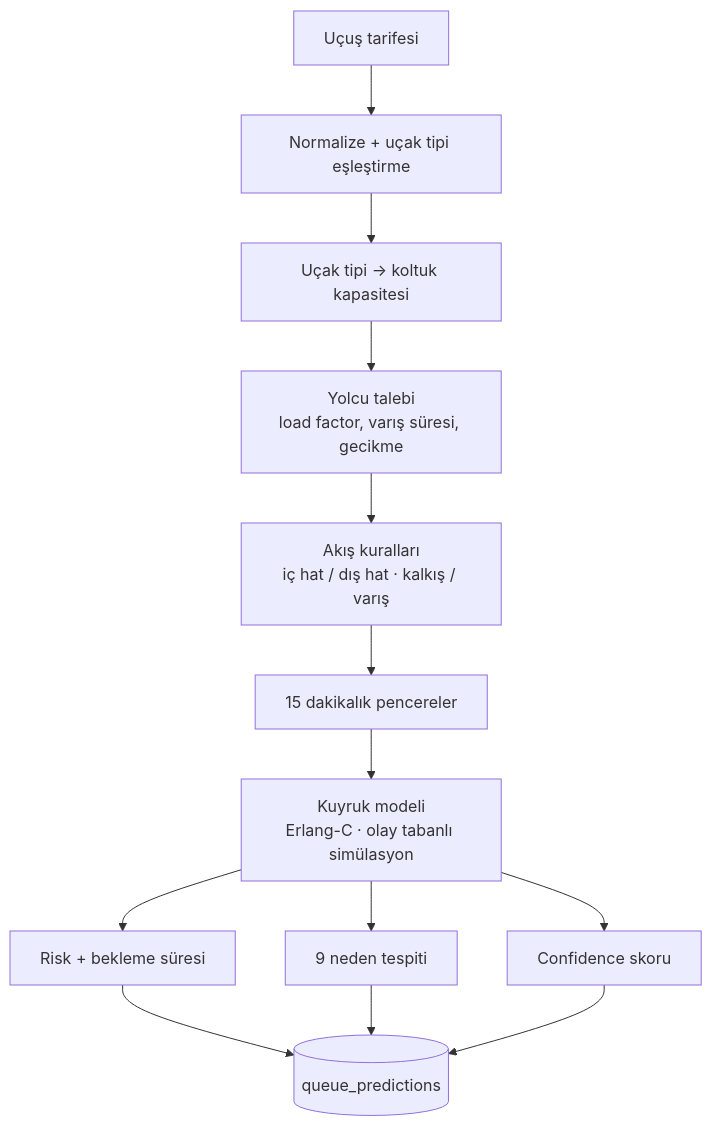
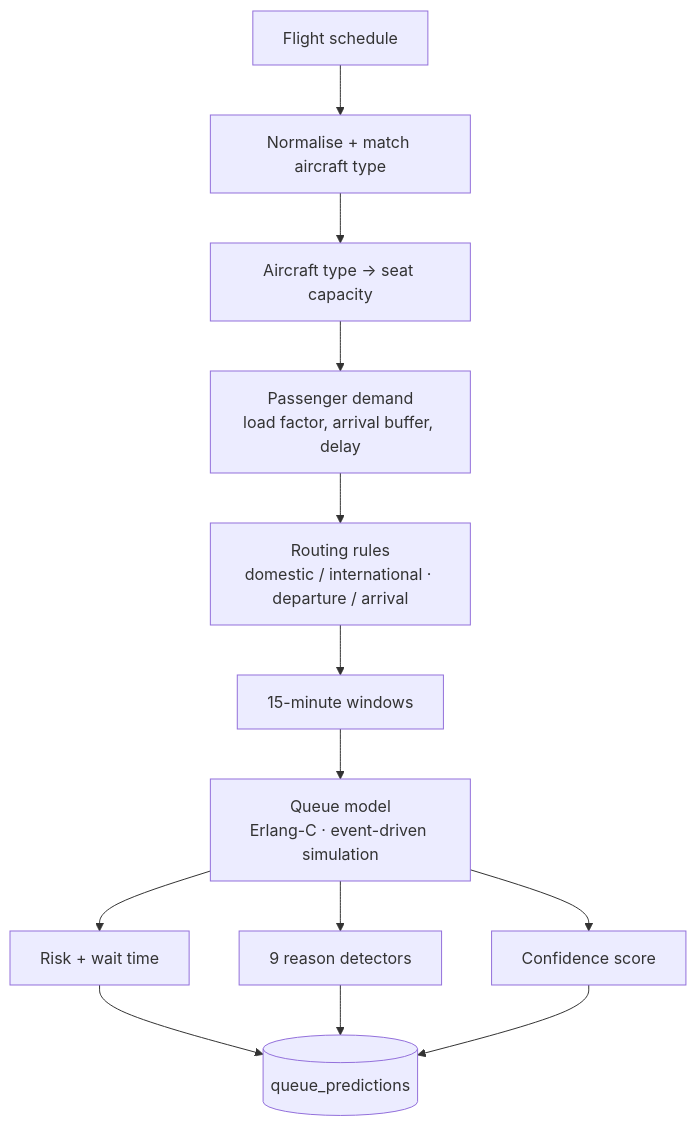
Before and after one commit to eceboylu/aircraft-capacity-py: the second of 2 diagrams in README.md, drawn with Mermaid. The commit also changed other lines of this file, not shown here.

````diff
--- a/README.md
+++ b/README.md
@@ -62,13 +62,13 @@
 ```mermaid
 flowchart TD
-    A[Uçuş tarifesi] --> B[Normalize + uçak tipi eşleştirme]
-    B --> C[Uçak tipi → koltuk kapasitesi]
-    C --> D[Yolcu talebi<br/>load factor, varış süresi, gecikme]
-    D --> E[Akış kuralları<br/>iç hat / dış hat · kalkış / varış]
-    E --> F[15 dakikalık pencereler]
-    F --> G[Kuyruk modeli<br/>Erlang-C · olay tabanlı simülasyon]
-    G --> H[Risk + bekleme süresi]
-    G --> I[9 neden tespiti]
-    G --> J[Confidence skoru]
+    A[Flight schedule] --> B[Normalise + match aircraft type]
+    B --> C[Aircraft type → seat capacity]
+    C --> D[Passenger demand<br/>load factor, arrival buffer, delay]
+    D --> E[Routing rules<br/>domestic / international · departure / arrival]
+    E --> F[15-minute windows]
+    F --> G[Queue model<br/>Erlang-C · event-driven simulation]
+    G --> H[Risk + wait time]
+    G --> I[9 reason detectors]
+    G --> J[Confidence score]
     H & I & J --> K[(queue_predictions)]
 ```
````
